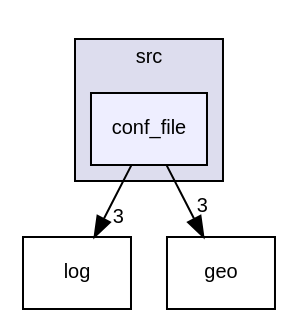
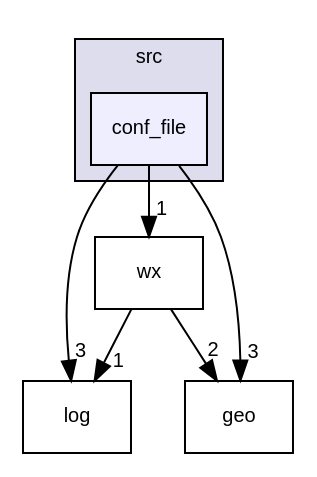
Before and after one commit to slakpi/piwx: the diagram in dir_dd2a437db4d478662cbd48329f3d2055_dep.dot, drawn with Graphviz. The commit also changed 76 other files, not shown here.

```diff
--- a/dir_dd2a437db4d478662cbd48329f3d2055_dep.dot
+++ b/dir_dd2a437db4d478662cbd48329f3d2055_dep.dot
@@ -1,13 +1,17 @@
 digraph "src/conf_file" {
   compound=true
   node [ fontsize="10", fontname="Helvetica"];
   edge [ labelfontsize="10", labelfontname="Helvetica"];
   subgraph clusterdir_68267d1309a1af8e8297ef4c3efbcdba {
     graph [ bgcolor="#ddddee", pencolor="black", label="src" fontname="Helvetica", fontsize="10", URL="dir_68267d1309a1af8e8297ef4c3efbcdba.html"]
   dir_dd2a437db4d478662cbd48329f3d2055 [shape=box, label="conf_file", style="filled", fillcolor="#eeeeff", pencolor="black", URL="dir_dd2a437db4d478662cbd48329f3d2055.html"];
   }
+  dir_95ab67527b0b256dfffd5d6511b2e78f [shape=box label="wx" URL="dir_95ab67527b0b256dfffd5d6511b2e78f.html"];
   dir_2241064965c8d9ca993f08b926076f7d [shape=box label="log" URL="dir_2241064965c8d9ca993f08b926076f7d.html"];
   dir_b919d449df95dbe7854299847587d1c3 [shape=box label="geo" URL="dir_b919d449df95dbe7854299847587d1c3.html"];
+  dir_95ab67527b0b256dfffd5d6511b2e78f->dir_2241064965c8d9ca993f08b926076f7d [headlabel="1", labeldistance=1.5 headhref="dir_000008_000006.html"];
+  dir_95ab67527b0b256dfffd5d6511b2e78f->dir_b919d449df95dbe7854299847587d1c3 [headlabel="2", labeldistance=1.5 headhref="dir_000008_000002.html"];
+  dir_dd2a437db4d478662cbd48329f3d2055->dir_95ab67527b0b256dfffd5d6511b2e78f [headlabel="1", labeldistance=1.5 headhref="dir_000001_000008.html"];
   dir_dd2a437db4d478662cbd48329f3d2055->dir_2241064965c8d9ca993f08b926076f7d [headlabel="3", labeldistance=1.5 headhref="dir_000001_000006.html"];
   dir_dd2a437db4d478662cbd48329f3d2055->dir_b919d449df95dbe7854299847587d1c3 [headlabel="3", labeldistance=1.5 headhref="dir_000001_000002.html"];
 }
```
